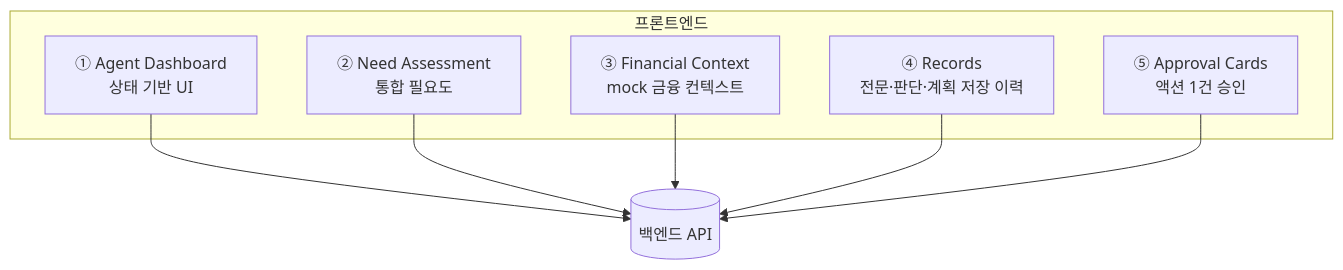
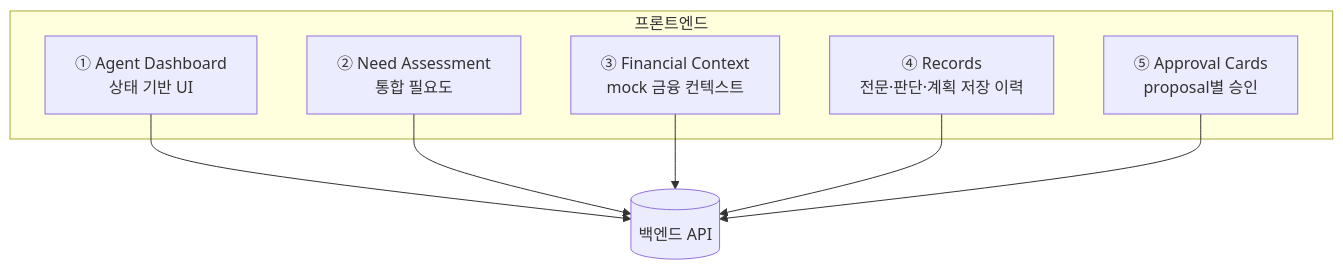
One commit to YoonMin02/JB-WM-frontend changed the first of 2 diagrams in README.md. Above: the diagram before and after it, drawn with Mermaid. The commit also changed other lines of this file and 5 other files, not shown here.

````diff
--- a/README.md
+++ b/README.md
@@ -15,16 +15,16 @@
 ```mermaid
 flowchart TB
     subgraph FE["프론트엔드"]
         DASH["① Agent Dashboard<br/>상태 기반 UI"]
         NEED["② Need Assessment<br/>통합 필요도"]
         DATA["③ Financial Context<br/>mock 금융 컨텍스트"]
         RECORD["④ Records<br/>전문·판단·계획 저장 이력"]
-        APPROVE["⑤ Approval Cards<br/>액션 1건 승인"]
+        APPROVE["⑤ Approval Cards<br/>proposal별 승인"]
     end
     BE[(백엔드 API)]
     DASH --> BE
     NEED --> BE
     DATA --> BE
     RECORD --> BE
     APPROVE --> BE
 ```
````
